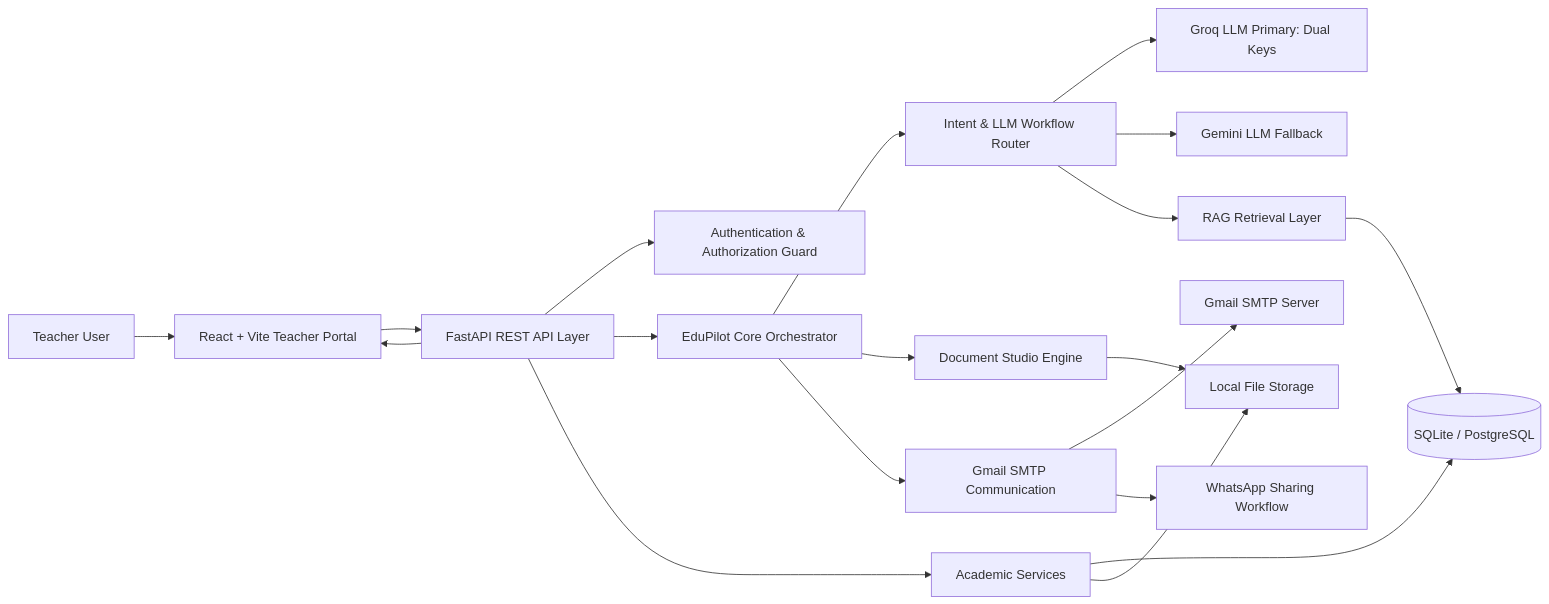
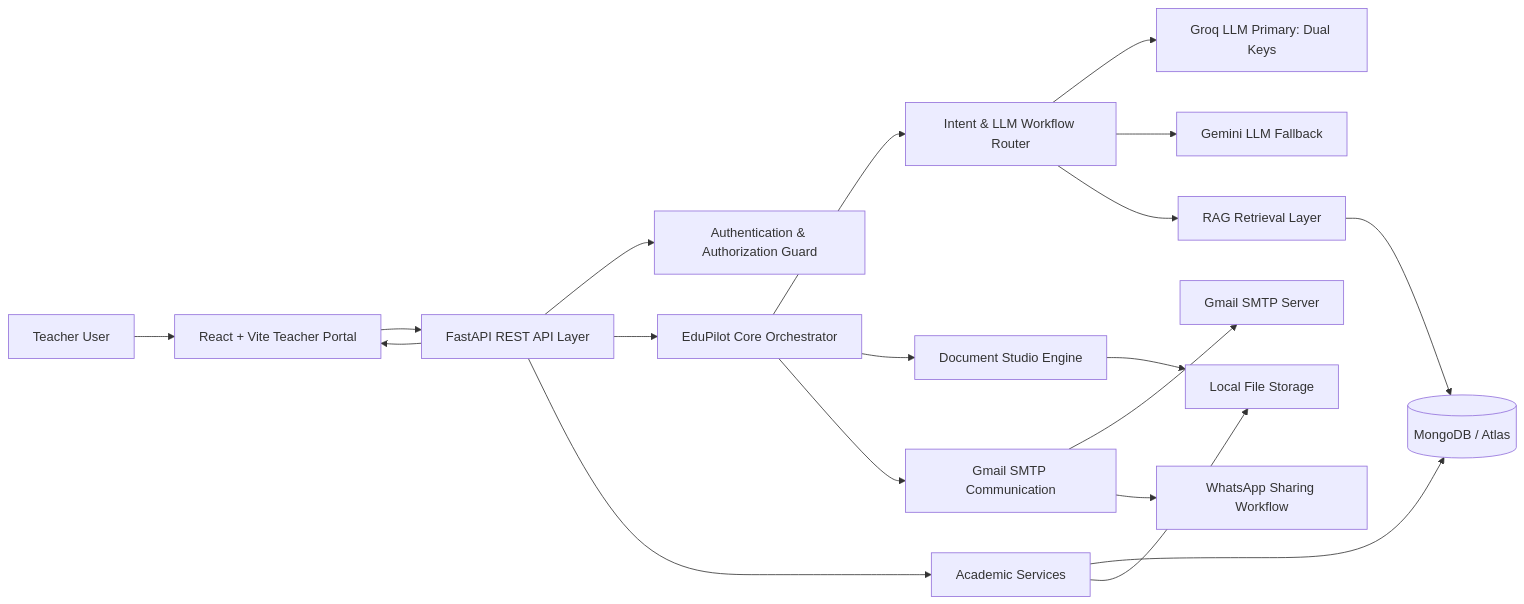
The first of 3 diagrams in ARCHITECTURE.md (Babin123456/EduPilot-AI), drawn with Mermaid before and after one commit. The commit also changed other lines of this file and 2 other files, not shown here.

Commit message:
refactor: purge remaining institutional text from backend routes, architecture diagram, and seeder docstrings

````diff
--- a/ARCHITECTURE.md
+++ b/ARCHITECTURE.md
@@ -22,29 +22,29 @@
 ```mermaid
 flowchart LR
     T[Teacher User] --> FE[React + Vite Teacher Portal]
 
     FE --> API[FastAPI REST API Layer]
 
     API --> AUTH[Authentication & Authorization Guard]
     API --> CORE[EduPilot Core Orchestrator]
     API --> SERVICES[Academic Services]
 
-    SERVICES --> DB[(SQLite / PostgreSQL)]
+    SERVICES --> DB[(MongoDB / Atlas)]
     SERVICES --> STORE[Local File Storage]
 
     CORE --> ROUTER[Intent & LLM Workflow Router]
     ROUTER --> GROQ[Groq LLM Primary: Dual Keys]
     ROUTER --> GEMINI[Gemini LLM Fallback]
     ROUTER --> RAG[RAG Retrieval Layer]
 
     RAG --> DB
 
     CORE --> DOC[Document Studio Engine]
     CORE --> COMM[Gmail SMTP Communication]
 
     DOC --> STORE
     COMM --> MAIL[Gmail SMTP Server]
     COMM --> WA[WhatsApp Sharing Workflow]
 
     API --> FE
 ```
````
